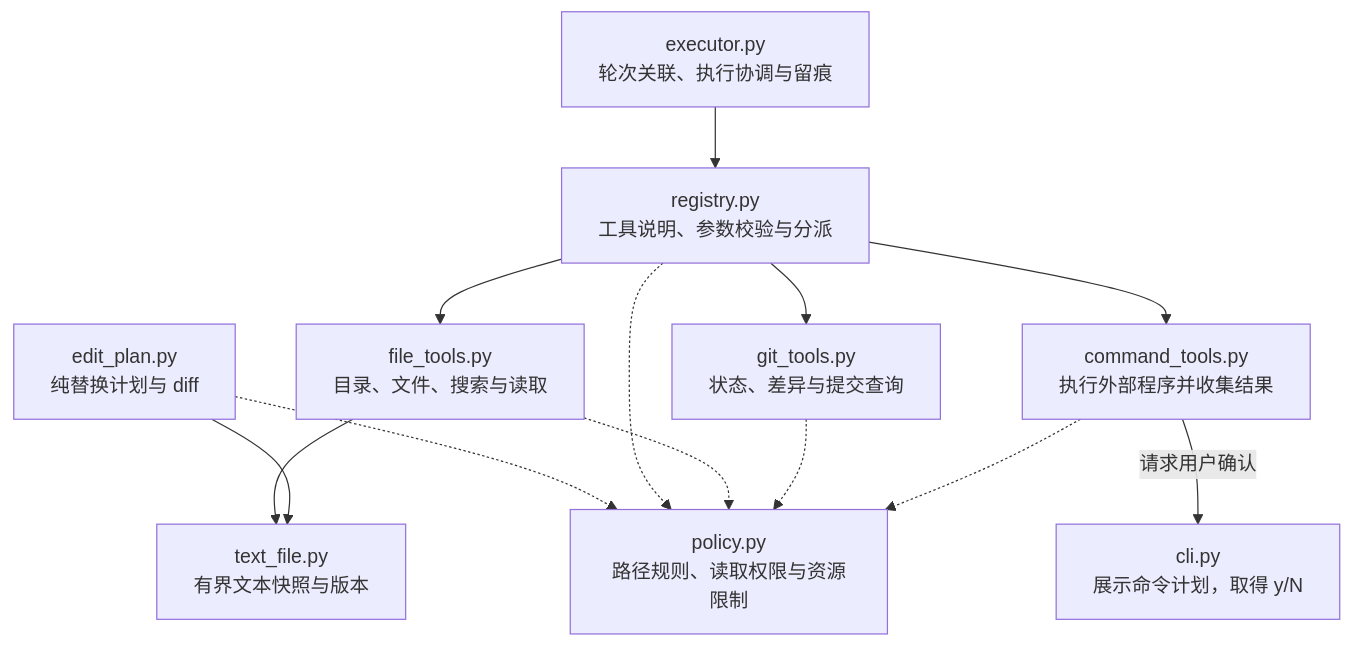
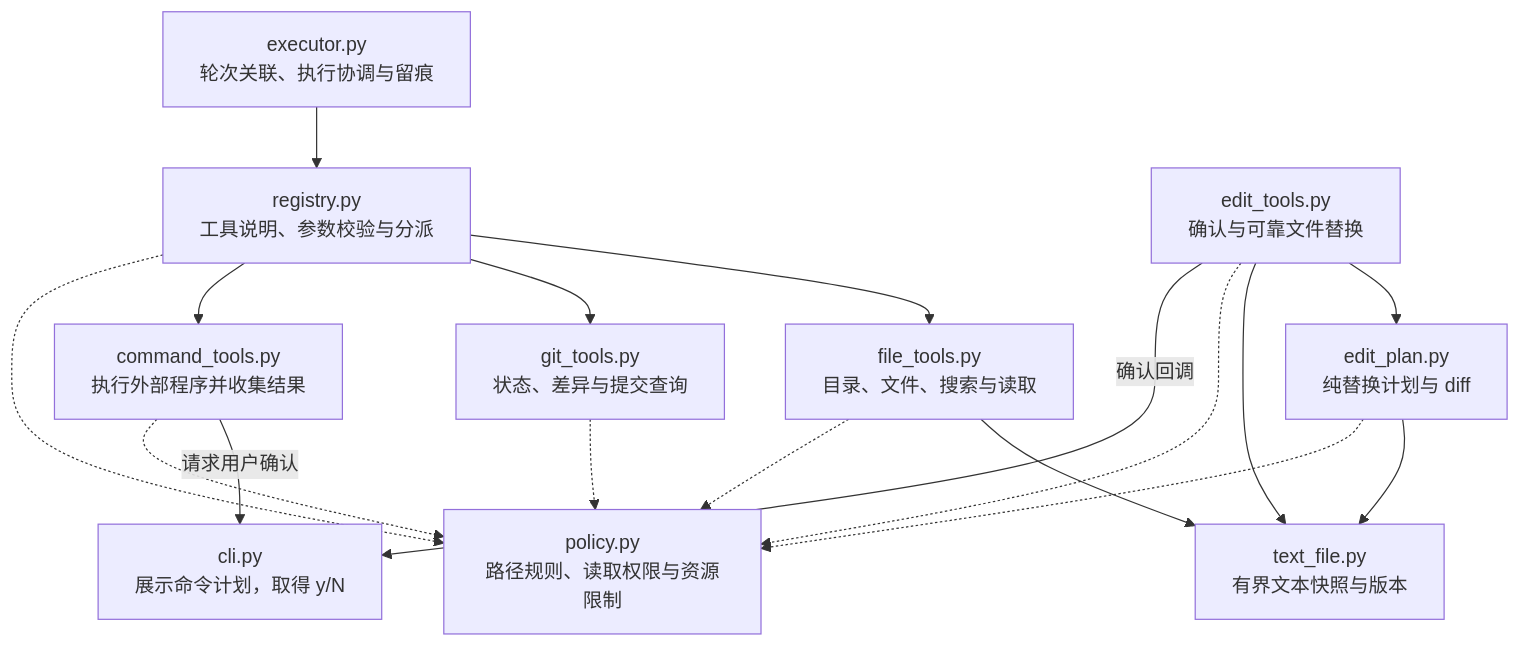
The second of 3 diagrams in docs/architecture.md (Plvltra/AdamAgent), drawn with Mermaid before and after one commit. The commit also changed other lines of this file and 11 other files, not shown here.

````diff
--- a/docs/architecture.md
+++ b/docs/architecture.md
@@ -71,16 +71,20 @@
 ```mermaid
 flowchart TD
     E["executor.py<br/>轮次关联、执行协调与留痕"] --> R["registry.py<br/>工具说明、参数校验与分派"]
     R --> F["file_tools.py<br/>目录、文件、搜索与读取"]
     F --> SNAP["text_file.py<br/>有界文本快照与版本"]
     PLAN["edit_plan.py<br/>纯替换计划与 diff"] --> SNAP
     PLAN -.-> P
+    EDIT["edit_tools.py<br/>确认与可靠文件替换"] --> PLAN
+    EDIT --> SNAP
+    EDIT -.-> P
+    EDIT -->|"确认回调"| UI
     R --> G["git_tools.py<br/>状态、差异与提交查询"]
     R --> C["command_tools.py<br/>执行外部程序并收集结果"]
     C -->|"请求用户确认"| UI["cli.py<br/>展示命令计划，取得 y/N"]
 
     R -.-> P["policy.py<br/>路径规则、读取权限与资源限制"]
     F -.-> P
     G -.-> P
     C -.-> P
 ```
````
